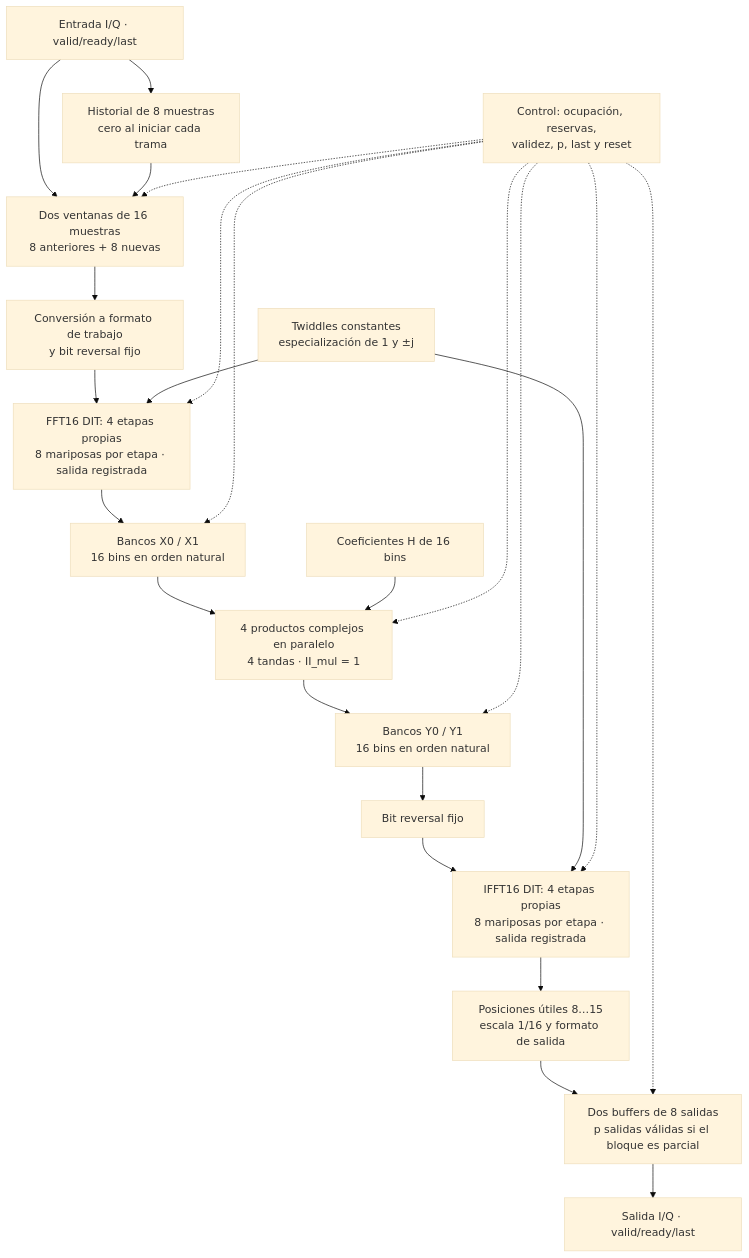
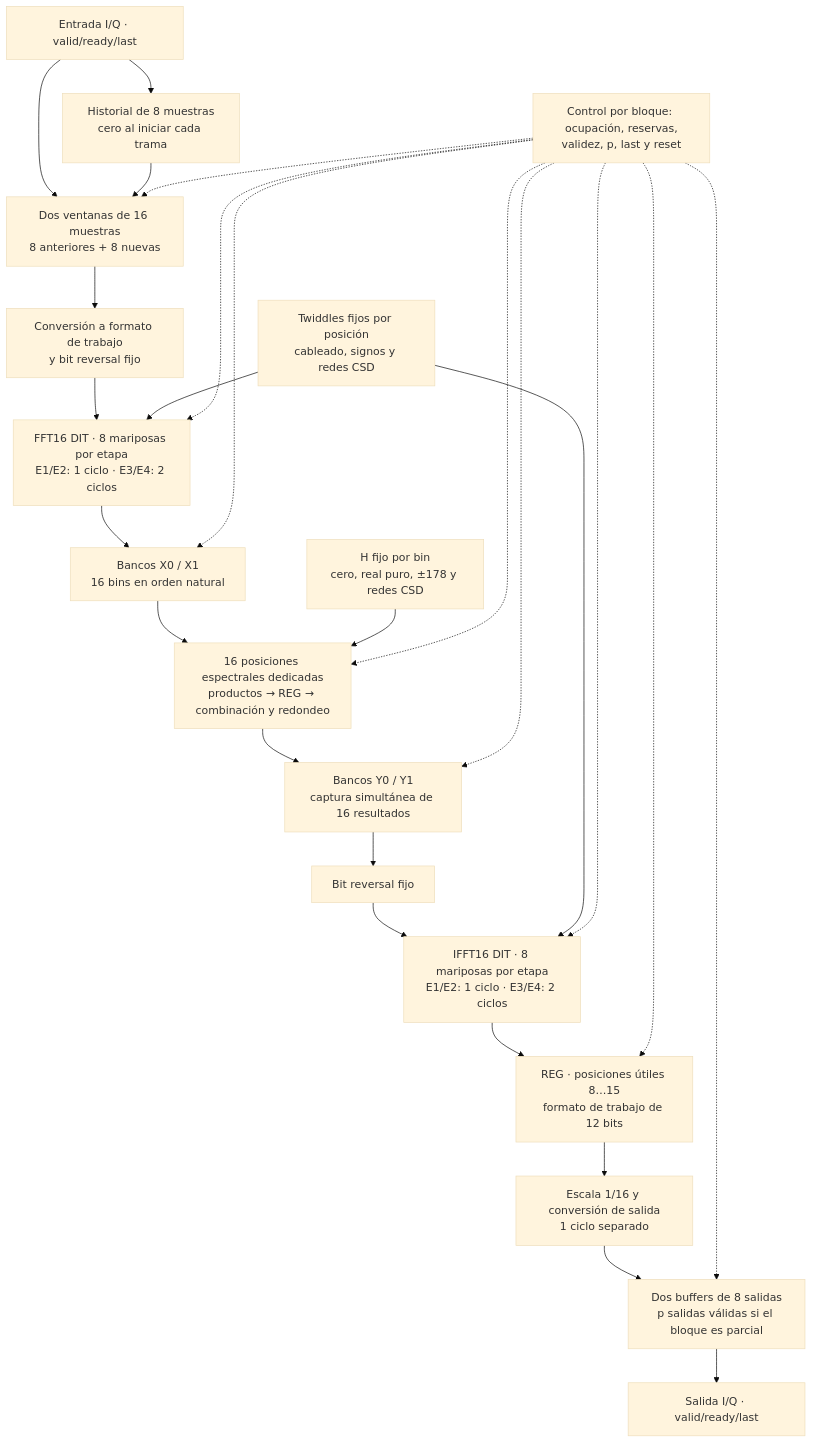
One commit to EnzoFernandezz11/rrc-fir-rtl changed the diagram in docs/frecuencia/c03-optimizacion.md. Above: the diagram before and after it, drawn with Mermaid (base theme). The commit also changed other lines of this file, not shown here.

Commit message:
docs(C03): especializar productos y actualizar calendario paralelo

````diff
--- a/docs/frecuencia/c03-optimizacion.md
+++ b/docs/frecuencia/c03-optimizacion.md
@@ -32,26 +35,28 @@
 ```mermaid
 flowchart TD
     IN["Entrada I/Q · valid/ready/last"] --> WIN["Dos ventanas de 16 muestras<br/>8 anteriores + 8 nuevas"]
     HIST["Historial de 8 muestras<br/>cero al iniciar cada trama"] --> WIN
     IN --> HIST
     WIN --> BRF["Conversión a formato de trabajo<br/>y bit reversal fijo"]
-    BRF --> FFT["FFT16 DIT: 4 etapas propias<br/>8 mariposas por etapa · salida registrada"]
-    W["Twiddles constantes<br/>especialización de 1 y ±j"] --> FFT
+    BRF --> FFT["FFT16 DIT · 8 mariposas por etapa<br/>E1/E2: 1 ciclo · E3/E4: 2 ciclos"]
+    W["Twiddles fijos por posición<br/>cableado, signos y redes CSD"] --> FFT
     FFT --> X["Bancos X0 / X1<br/>16 bins en orden natural"]
-    X --> MUL["4 productos complejos en paralelo<br/>4 tandas · II_mul = 1"]
-    H["Coeficientes H de 16 bins"] --> MUL
-    MUL --> Y["Bancos Y0 / Y1<br/>16 bins en orden natural"]
+    X --> MUL["16 posiciones espectrales dedicadas<br/>productos → REG → combinación y redondeo"]
+    H["H fijo por bin<br/>cero, real puro, ±178 y redes CSD"] --> MUL
+    MUL --> Y["Bancos Y0 / Y1<br/>captura simultánea de 16 resultados"]
     Y --> BRI["Bit reversal fijo"]
-    BRI --> IFFT["IFFT16 DIT: 4 etapas propias<br/>8 mariposas por etapa · salida registrada"]
+    BRI --> IFFT["IFFT16 DIT · 8 mariposas por etapa<br/>E1/E2: 1 ciclo · E3/E4: 2 ciclos"]
     W --> IFFT
-    IFFT --> SCALE["Posiciones útiles 8…15<br/>escala 1/16 y formato de salida"]
+    IFFT --> USEFUL["REG · posiciones útiles 8…15<br/>formato de trabajo de 12 bits"]
+    USEFUL --> SCALE["Escala 1/16 y conversión de salida<br/>1 ciclo separado"]
     SCALE --> OUTBUF["Dos buffers de 8 salidas<br/>p salidas válidas si el bloque es parcial"]
     OUTBUF --> OUT["Salida I/Q · valid/ready/last"]
-    CTRL["Control: ocupación, reservas,<br/>validez, p, last y reset"] -.-> WIN
+    CTRL["Control por bloque: ocupación, reservas,<br/>validez, p, last y reset"] -.-> WIN
     CTRL -.-> FFT
     CTRL -.-> X
     CTRL -.-> MUL
     CTRL -.-> Y
     CTRL -.-> IFFT
+    CTRL -.-> USEFUL
     CTRL -.-> OUTBUF
 ```
````
